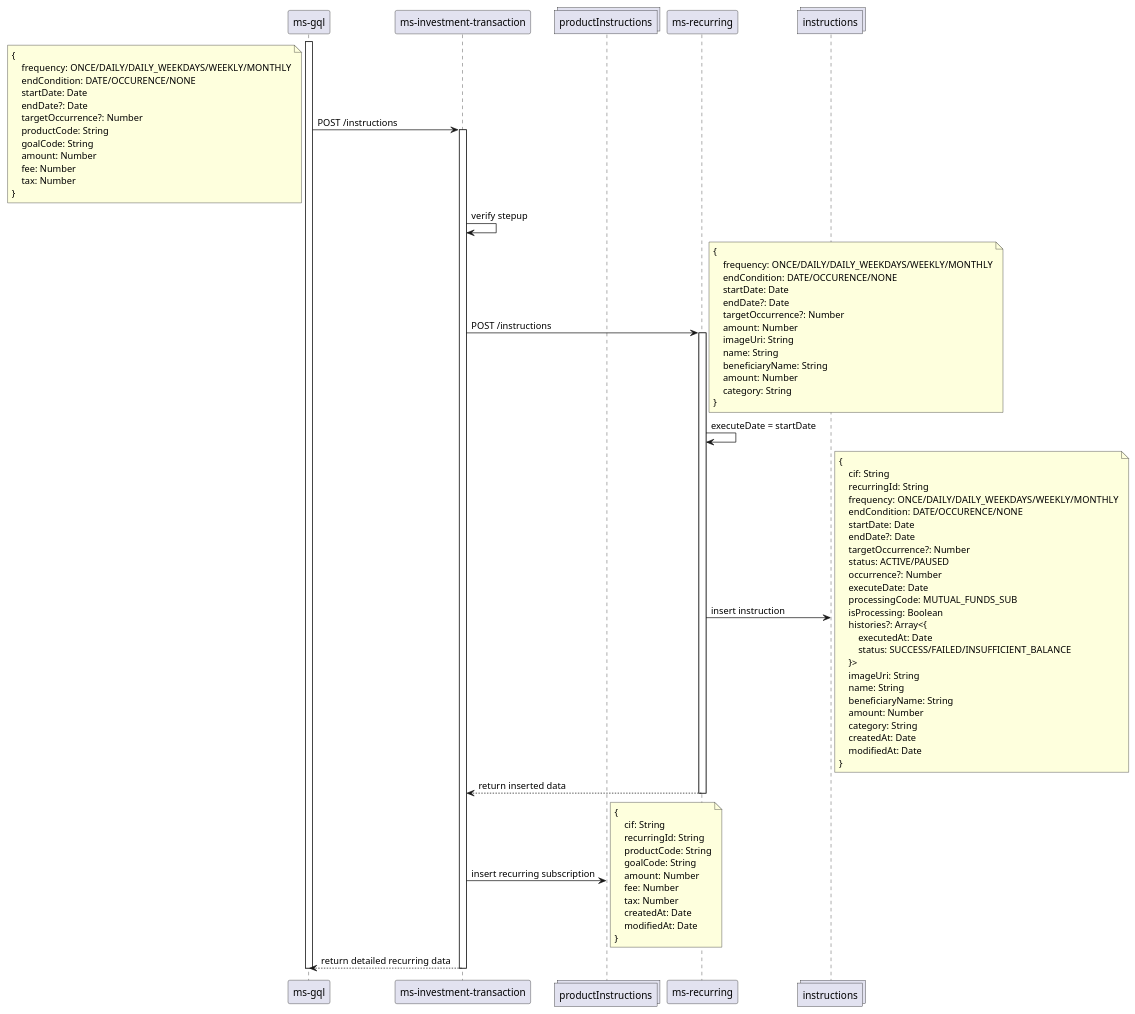
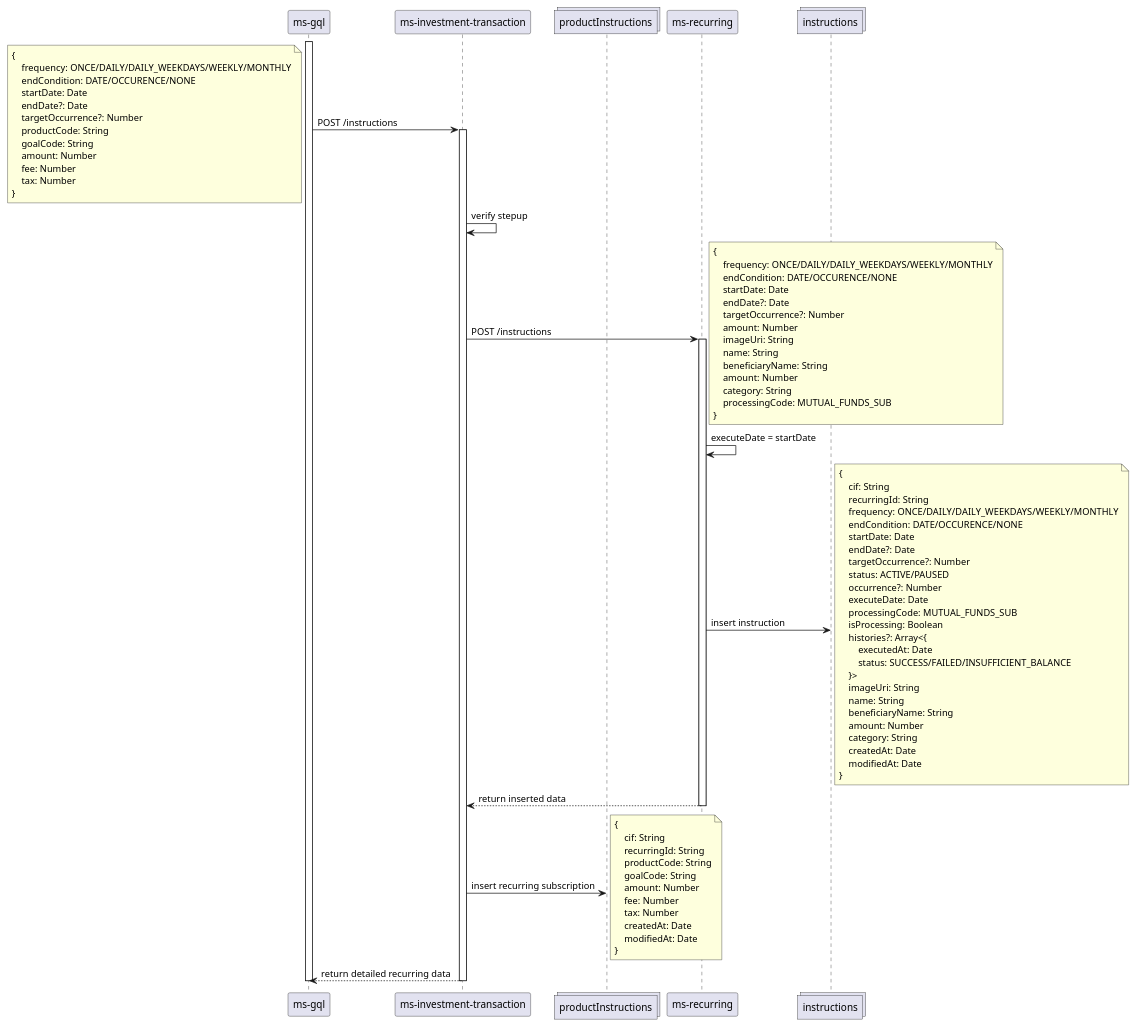
Before and after one commit to iksena/jenius-uml: the diagram in mfRecurring.puml, drawn with PlantUML. The commit also changed 3 other files, not shown here.

```diff
--- a/mfRecurring.puml
+++ b/mfRecurring.puml
@@ -1,93 +1,94 @@
 @startuml mutual funds recurring
 
 participant "ms-gql" as mg
 participant "ms-investment-transaction" as mit
 collections "productInstructions" as recSubs
 participant "ms-recurring" as mr
 collections "instructions" as recs
 
 activate mg
 mg -> mit: POST /instructions
 note left
 { 
     frequency: ONCE/DAILY/DAILY_WEEKDAYS/WEEKLY/MONTHLY
     endCondition: DATE/OCCURENCE/NONE
     startDate: Date
     endDate?: Date
     targetOccurrence?: Number
     productCode: String
     goalCode: String
     amount: Number
     fee: Number
     tax: Number
 }
 end note
 activate mit
 mit -> mit: verify stepup
 mit -> mr: POST /instructions
 note right
 { 
     frequency: ONCE/DAILY/DAILY_WEEKDAYS/WEEKLY/MONTHLY
     endCondition: DATE/OCCURENCE/NONE
     startDate: Date
     endDate?: Date
     targetOccurrence?: Number
     amount: Number
     imageUri: String
     name: String
     beneficiaryName: String
     amount: Number
     category: String
+    processingCode: MUTUAL_FUNDS_SUB
 }
 end note
 activate mr
 mr -> mr: executeDate = startDate
 mr -> recs: insert instruction
 note right
 { 
     cif: String
     recurringId: String
     frequency: ONCE/DAILY/DAILY_WEEKDAYS/WEEKLY/MONTHLY
     endCondition: DATE/OCCURENCE/NONE
     startDate: Date
     endDate?: Date
     targetOccurrence?: Number
     status: ACTIVE/PAUSED
     occurrence?: Number
     executeDate: Date
     processingCode: MUTUAL_FUNDS_SUB
     isProcessing: Boolean
     histories?: Array<{
         executedAt: Date
         status: SUCCESS/FAILED/INSUFFICIENT_BALANCE
     }>
     imageUri: String
     name: String
     beneficiaryName: String
     amount: Number
     category: String
     createdAt: Date
     modifiedAt: Date
 }
 end note
 mr --> mit: return inserted data
 deactivate mr
 mit-> recSubs: insert recurring subscription
 note right
 { 
     cif: String
     recurringId: String
     productCode: String
     goalCode: String
     amount: Number
     fee: Number
     tax: Number
     createdAt: Date
     modifiedAt: Date
 }
 end note
 mit --> mg: return detailed recurring data
 deactivate mit
 deactivate mg
 
 @enduml
```
